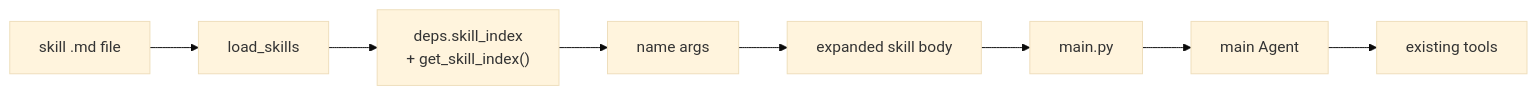
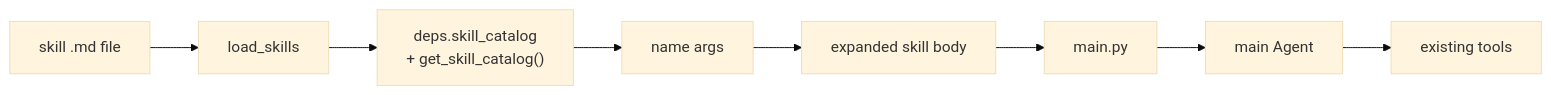
Before and after one commit to binlecode/co-cli: the diagram in docs/specs/skills.md, drawn with Mermaid (base theme). The commit also changed other lines of this file and 80 other files, not shown here.

First line of the commit message:
refactor: v0.8.320 — toolset symbol renames (_CallSeamToolset + tool_index→tool_catalog)

````diff
--- a/docs/specs/skills.md
+++ b/docs/specs/skills.md
@@ -9,10 +9,10 @@
 ```mermaid
 flowchart LR
     SkillFile["skill .md file"] --> Loader["load_skills"]
-    Loader --> Registry["deps.skill_index\n+ get_skill_index()"]
+    Loader --> Registry["deps.skill_catalog\n+ get_skill_catalog()"]
     Registry --> Dispatch["name args"]
     Dispatch --> AgentBody["expanded skill body"]
     AgentBody --> MainLoop["main.py"]
     MainLoop --> MainAgent["main Agent"]
     MainAgent --> Tools["existing tools"]
 ```
````
